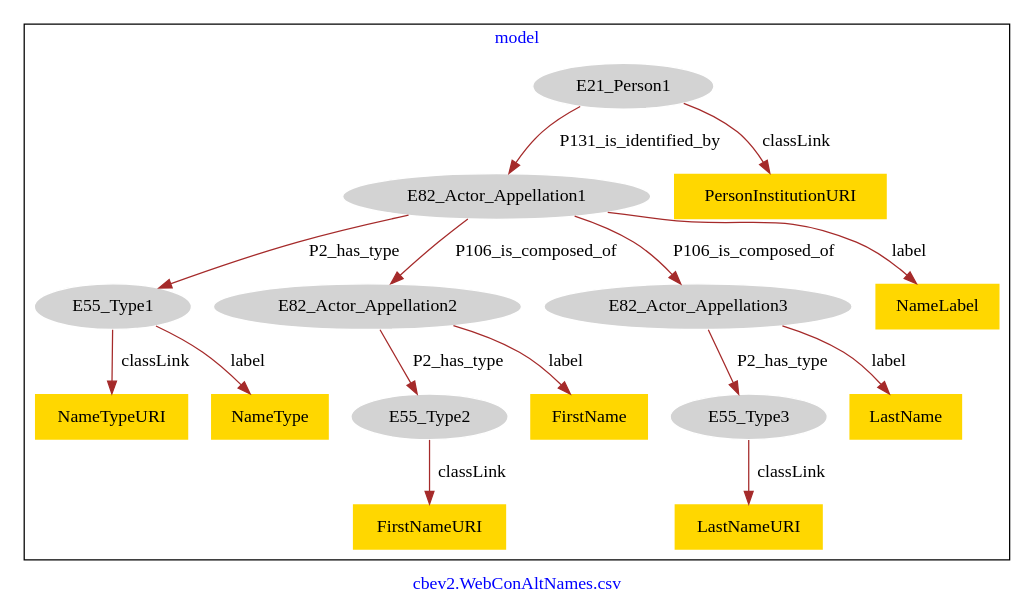
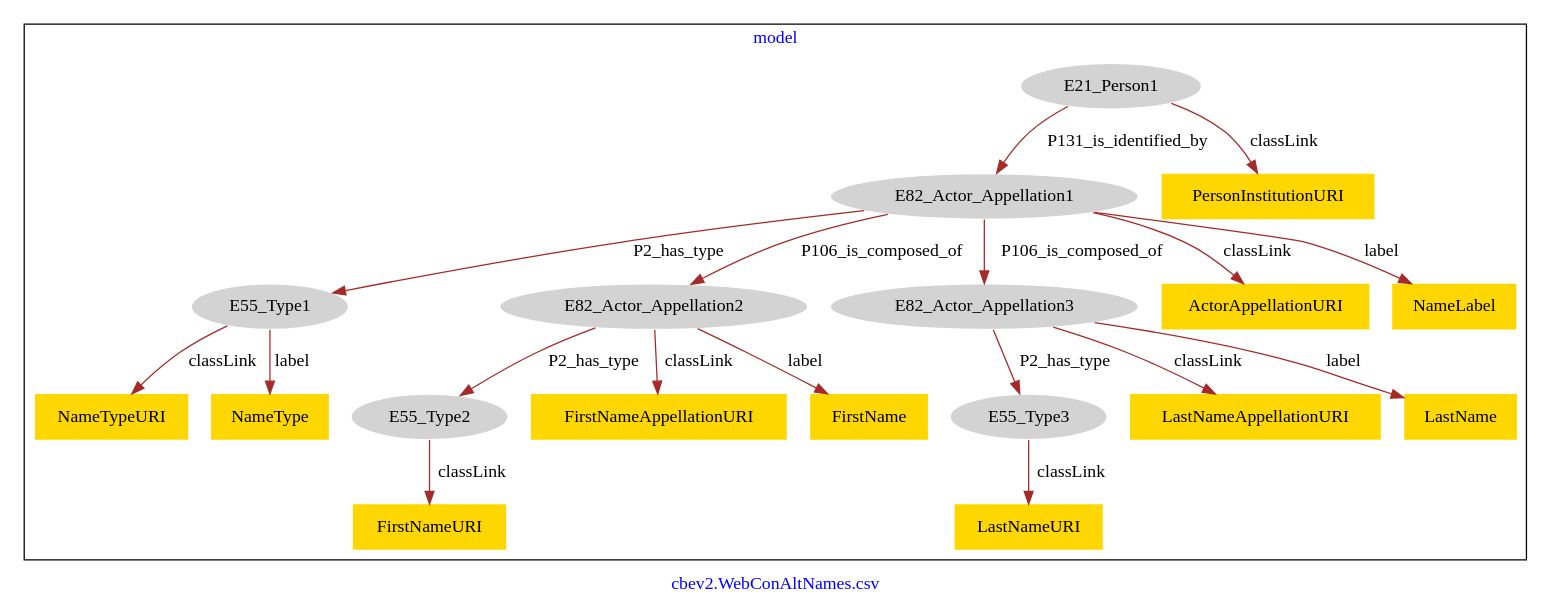
The diagram in models-graphviz/cbev2.WebConAltNames.csv.model.dot (usc-isi-i2/saam-lod), drawn with Graphviz before and after one commit. The commit also changed 150 other files, not shown here.

```diff
--- a/models-graphviz/cbev2.WebConAltNames.csv.model.dot
+++ b/models-graphviz/cbev2.WebConAltNames.csv.model.dot
@@ -1,37 +1,43 @@
 digraph n0 {
 fontcolor="blue"
 remincross="true"
 label="cbev2.WebConAltNames.csv"
 subgraph cluster {
 label="model"
 n2[style="filled",color="white",fillcolor="lightgray",label="E21_Person1"];
 n3[style="filled",color="white",fillcolor="lightgray",label="E82_Actor_Appellation1"];
 n4[shape="plaintext",style="filled",fillcolor="gold",label="PersonInstitutionURI"];
 n5[style="filled",color="white",fillcolor="lightgray",label="E55_Type1"];
 n6[shape="plaintext",style="filled",fillcolor="gold",label="NameTypeURI"];
 n7[shape="plaintext",style="filled",fillcolor="gold",label="NameType"];
 n8[style="filled",color="white",fillcolor="lightgray",label="E55_Type2"];
 n9[shape="plaintext",style="filled",fillcolor="gold",label="FirstNameURI"];
 n10[style="filled",color="white",fillcolor="lightgray",label="E55_Type3"];
 n11[shape="plaintext",style="filled",fillcolor="gold",label="LastNameURI"];
 n12[style="filled",color="white",fillcolor="lightgray",label="E82_Actor_Appellation2"];
 n13[style="filled",color="white",fillcolor="lightgray",label="E82_Actor_Appellation3"];
-n14[shape="plaintext",style="filled",fillcolor="gold",label="NameLabel"];
-n15[shape="plaintext",style="filled",fillcolor="gold",label="FirstName"];
-n16[shape="plaintext",style="filled",fillcolor="gold",label="LastName"];
+n14[shape="plaintext",style="filled",fillcolor="gold",label="ActorAppellationURI"];
+n15[shape="plaintext",style="filled",fillcolor="gold",label="NameLabel"];
+n16[shape="plaintext",style="filled",fillcolor="gold",label="FirstNameAppellationURI"];
+n17[shape="plaintext",style="filled",fillcolor="gold",label="FirstName"];
+n18[shape="plaintext",style="filled",fillcolor="gold",label="LastNameAppellationURI"];
+n19[shape="plaintext",style="filled",fillcolor="gold",label="LastName"];
 }
 n2 -> n3[color="brown",fontcolor="black",label="P131_is_identified_by"]
 n2 -> n4[color="brown",fontcolor="black",label="classLink"]
 n5 -> n6[color="brown",fontcolor="black",label="classLink"]
 n5 -> n7[color="brown",fontcolor="black",label="label"]
 n8 -> n9[color="brown",fontcolor="black",label="classLink"]
 n10 -> n11[color="brown",fontcolor="black",label="classLink"]
 n3 -> n12[color="brown",fontcolor="black",label="P106_is_composed_of"]
 n3 -> n13[color="brown",fontcolor="black",label="P106_is_composed_of"]
 n3 -> n5[color="brown",fontcolor="black",label="P2_has_type"]
-n3 -> n14[color="brown",fontcolor="black",label="label"]
+n3 -> n14[color="brown",fontcolor="black",label="classLink"]
+n3 -> n15[color="brown",fontcolor="black",label="label"]
 n12 -> n8[color="brown",fontcolor="black",label="P2_has_type"]
-n12 -> n15[color="brown",fontcolor="black",label="label"]
+n12 -> n16[color="brown",fontcolor="black",label="classLink"]
+n12 -> n17[color="brown",fontcolor="black",label="label"]
 n13 -> n10[color="brown",fontcolor="black",label="P2_has_type"]
-n13 -> n16[color="brown",fontcolor="black",label="label"]
+n13 -> n18[color="brown",fontcolor="black",label="classLink"]
+n13 -> n19[color="brown",fontcolor="black",label="label"]
 }
```
